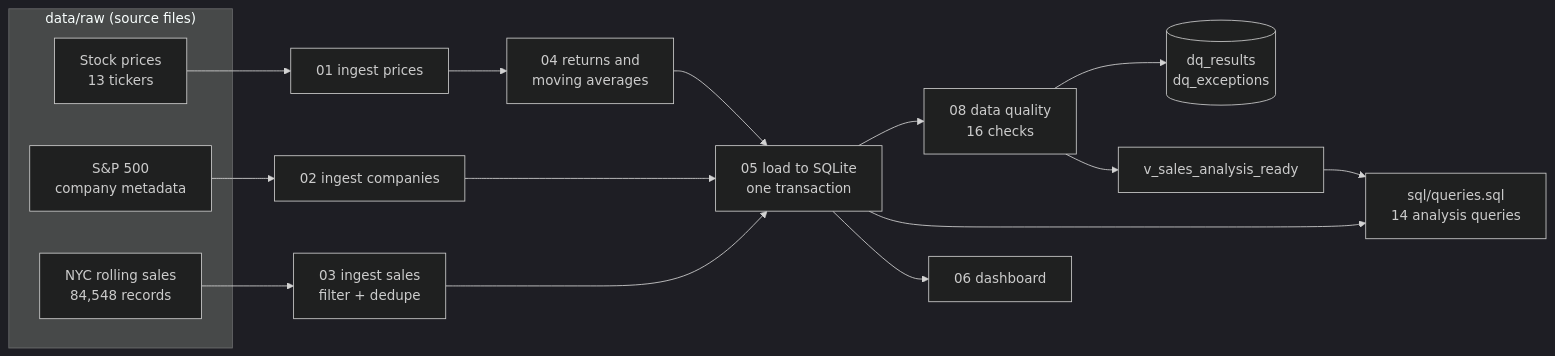
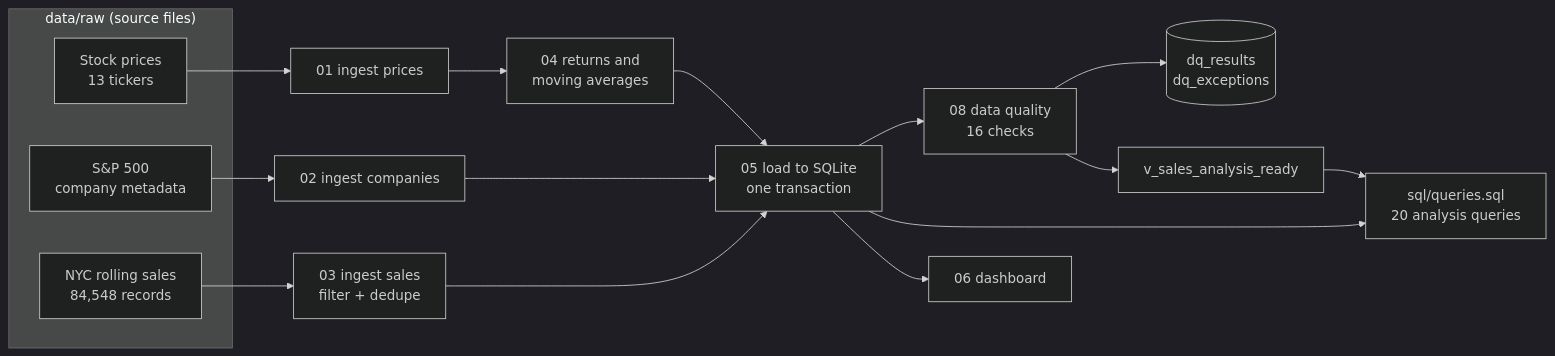
The first of 2 diagrams in README.md (allisonramirez77/nyc-financial-real-estate-db), drawn with Mermaid (dark theme) before and after one commit. The commit also changed other lines of this file and 10 other files, not shown here.

````diff
--- a/README.md
+++ b/README.md
@@ -23,21 +25,21 @@
 ```mermaid
 flowchart LR
     subgraph raw["data/raw (source files)"]
         A[Stock prices<br/>13 tickers]
         B[S&P 500<br/>company metadata]
         C[NYC rolling sales<br/>84,548 records]
     end
     A --> I1[01 ingest prices]
     B --> I2[02 ingest companies]
     C --> I3[03 ingest sales<br/>filter + dedupe]
     I1 --> T[04 returns and<br/>moving averages]
     I2 --> L
     T --> L[05 load to SQLite<br/>one transaction]
     I3 --> L
     L --> Q[08 data quality<br/>16 checks]
     Q --> DQ[(dq_results<br/>dq_exceptions)]
     Q --> V[v_sales_analysis_ready]
-    L --> SQL[sql/queries.sql<br/>14 analysis queries]
+    L --> SQL[sql/queries.sql<br/>20 analysis queries]
     V --> SQL
     L --> D[06 dashboard]
 ```
````
